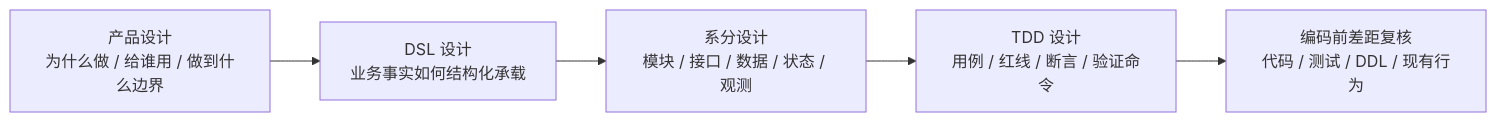
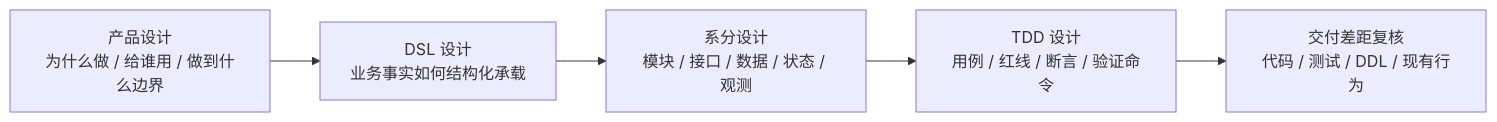
Before and after one commit to fengwuxp/wind-funds: the diagram in docs/README.md, drawn with Mermaid. The commit also changed other lines of this file and 16 other files, not shown here.

````diff
--- a/docs/README.md
+++ b/docs/README.md
@@ -20,7 +20,7 @@
 ```mermaid
 flowchart LR
     PRD["产品设计\n为什么做 / 给谁用 / 做到什么边界"] --> DSL["DSL 设计\n业务事实如何结构化承载"]
     DSL --> SAD["系分设计\n模块 / 接口 / 数据 / 状态 / 观测"]
     SAD --> TDD["TDD 设计\n用例 / 红线 / 断言 / 验证命令"]
-    TDD --> Gap["编码前差距复核\n代码 / 测试 / DDL / 现有行为"]
+    TDD --> Gap["交付差距复核\n代码 / 测试 / DDL / 现有行为"]
 ```
````
